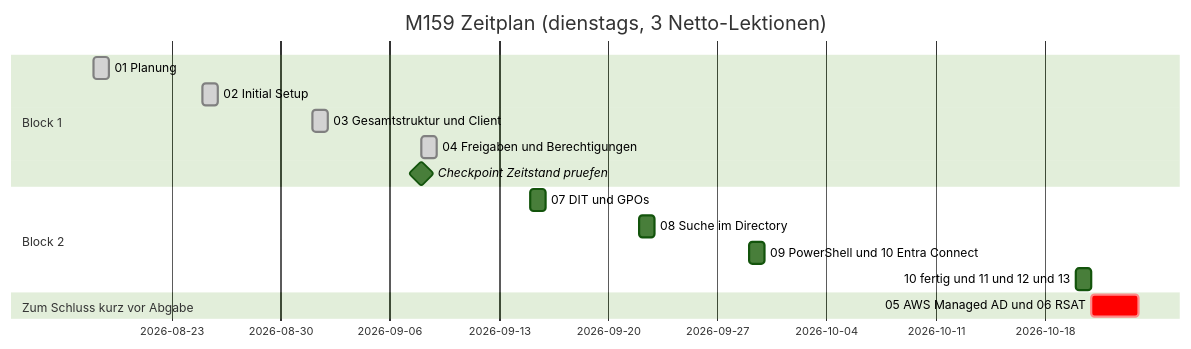
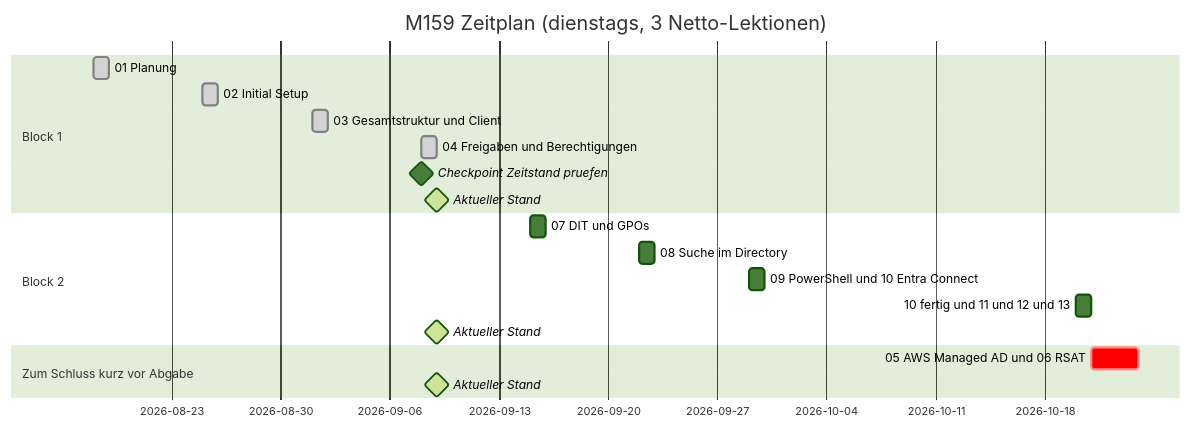
Before and after one commit to TBZ-Rob/M159: the second of 2 diagrams in README.md, drawn with Mermaid (forest theme). The commit also changed other lines of this file, not shown here.

````diff
--- a/README.md
+++ b/README.md
@@ -70,21 +72,24 @@
 ```mermaid
 gantt
     dateFormat  YYYY-MM-DD
     title       M159 Zeitplan (dienstags, 3 Netto-Lektionen)
 
     section Block 1
     01 Planung                         :done, t1, 2026-08-18, 1d
     02 Initial Setup                   :done, t2, 2026-08-25, 1d
     03 Gesamtstruktur und Client       :done, t3, 2026-09-01, 1d
     04 Freigaben und Berechtigungen    :done, t4, 2026-09-08, 1d
     Checkpoint Zeitstand pruefen       :milestone, cp, 2026-09-08, 0d
+    Aktueller Stand                    :milestone, active, as1, 2026-09-09, 0d
 
     section Block 2
     07 DIT und GPOs                    :t5, 2026-09-15, 1d
     08 Suche im Directory              :t6, 2026-09-22, 1d
     09 PowerShell und 10 Entra Connect :t7, 2026-09-29, 1d
     10 fertig und 11 und 12 und 13     :t8, 2026-10-20, 1d
+    Aktueller Stand                    :milestone, active, as2, 2026-09-09, 0d
 
     section Zum Schluss kurz vor Abgabe
     05 AWS Managed AD und 06 RSAT      :crit, t9, 2026-10-21, 3d
+    Aktueller Stand                    :milestone, active, as3, 2026-09-09, 0d
 ```
````
